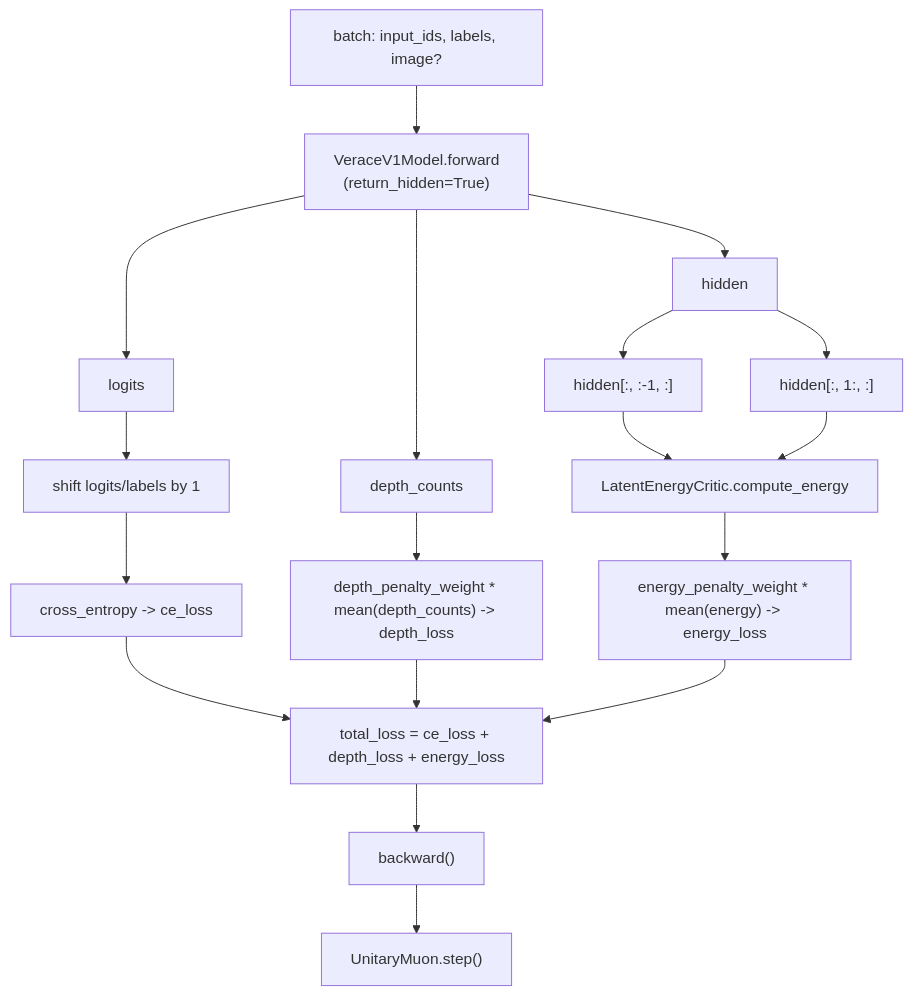
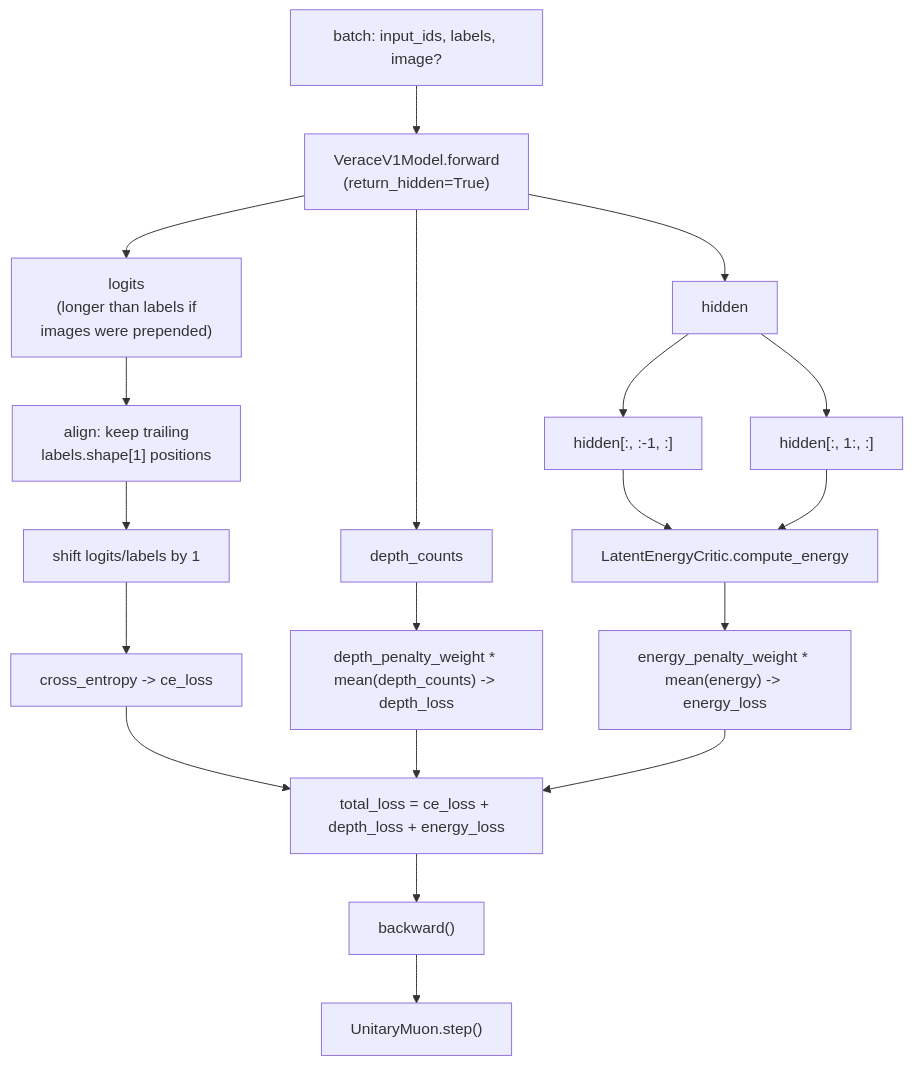
One commit to Verace-Pvt-Ltd/Verace-V1 changed the diagram in docs/training/pretraining.md. Above: the diagram before and after it, drawn with Mermaid. The commit also changed other lines of this file and 10 other files, not shown here.

````diff
--- a/docs/training/pretraining.md
+++ b/docs/training/pretraining.md
@@ -78,24 +98,25 @@
 ```mermaid
 flowchart TD
     B["batch: input_ids, labels, image?"] --> FWD["VeraceV1Model.forward\n(return_hidden=True)"]
-    FWD --> LOGITS["logits"]
+    FWD --> LOGITS["logits\n(longer than labels if\nimages were prepended)"]
     FWD --> DEPTH["depth_counts"]
     FWD --> HIDDEN["hidden"]
 
-    LOGITS --> SHIFT["shift logits/labels by 1"]
+    LOGITS --> ALIGN["align: keep trailing\nlabels.shape[1] positions"]
+    ALIGN --> SHIFT["shift logits/labels by 1"]
     SHIFT --> CE["cross_entropy -> ce_loss"]
 
     DEPTH --> DL["depth_penalty_weight * mean(depth_counts) -> depth_loss"]
 
     HIDDEN --> PRIOR["hidden[:, :-1, :]"]
     HIDDEN --> NEXT["hidden[:, 1:, :]"]
     PRIOR --> EC["LatentEnergyCritic.compute_energy"]
     NEXT --> EC
     EC --> EL["energy_penalty_weight * mean(energy) -> energy_loss"]
 
     CE --> SUM["total_loss = ce_loss + depth_loss + energy_loss"]
     DL --> SUM
     EL --> SUM
     SUM --> BACK["backward()"]
     BACK --> STEP["UnitaryMuon.step()"]
 ```
````
